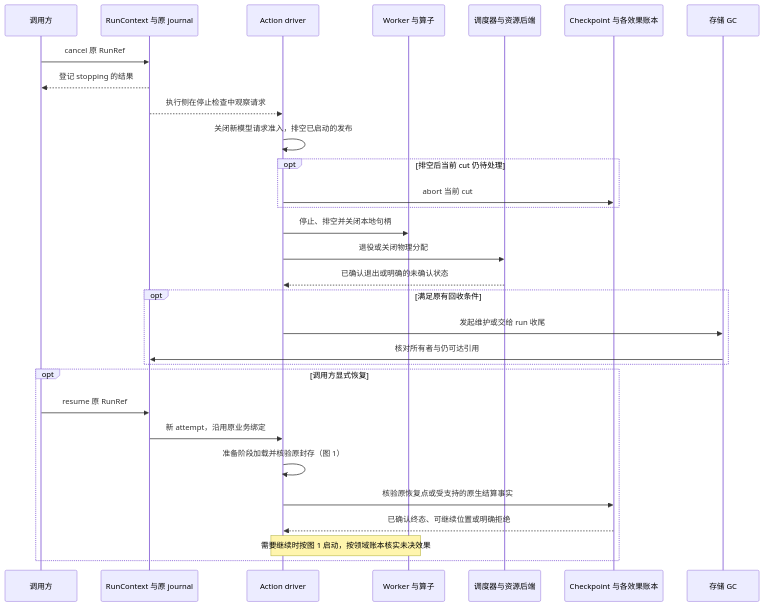
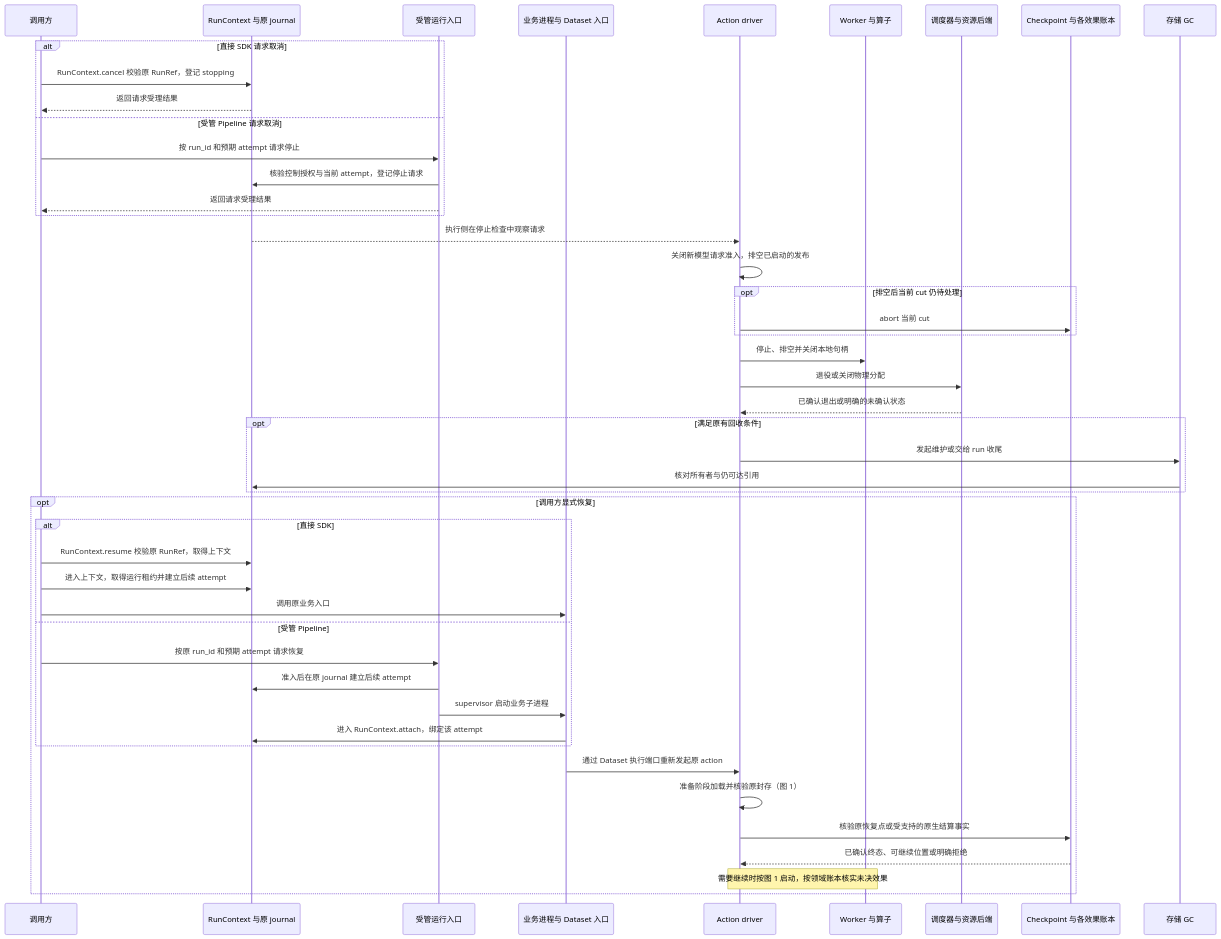
One commit to vincent9299/demiflow changed the seventh of 7 diagrams in docs/demiflow-architecture.md. Above: the diagram before and after it, drawn with Mermaid. The commit also changed other lines of this file, not shown here.

Commit message:
Reorganize the DemiFlow architecture specification by module

````diff
--- a/docs/demiflow-architecture.md
+++ b/docs/demiflow-architecture.md
@@ -300,32 +397,49 @@
 ```mermaid
 sequenceDiagram
     participant U as 调用方
     participant R as RunContext 与原 journal
+    participant M as 受管运行入口
+    participant B as 业务进程与 Dataset 入口
     participant D as Action driver
     participant W as Worker 与算子
     participant Q as 调度器与资源后端
     participant C as Checkpoint 与各效果账本
     participant S as 存储 GC
-    U->>R: cancel 原 RunRef
-    R-->>U: 登记 stopping 的结果
+    alt 直接 SDK 请求取消
+        U->>R: RunContext.cancel 校验原 RunRef，登记 stopping
+        R-->>U: 返回请求受理结果
+    else 受管 Pipeline 请求取消
+        U->>M: 按 run_id 和预期 attempt 请求停止
+        M->>R: 核验控制授权与当前 attempt，登记停止请求
+        M-->>U: 返回请求受理结果
+    end
     R-->>D: 执行侧在停止检查中观察请求
     D->>D: 关闭新模型请求准入，排空已启动的发布
     opt 排空后当前 cut 仍待处理
         D->>C: abort 当前 cut
     end
     D->>W: 停止、排空并关闭本地句柄
     D->>Q: 退役或关闭物理分配
     Q-->>D: 已确认退出或明确的未确认状态
     opt 满足原有回收条件
         D->>S: 发起维护或交给 run 收尾
         S->>R: 核对所有者与仍可达引用
     end
     opt 调用方显式恢复
-        U->>R: resume 原 RunRef
-        R->>D: 新 attempt，沿用原业务绑定
+        alt 直接 SDK
+            U->>R: RunContext.resume 校验原 RunRef，取得上下文
+            U->>R: 进入上下文，取得运行租约并建立后续 attempt
+            U->>B: 调用原业务入口
+        else 受管 Pipeline
+            U->>M: 按原 run_id 和预期 attempt 请求恢复
+            M->>R: 准入后在原 journal 建立后续 attempt
+            M->>B: supervisor 启动业务子进程
+            B->>R: 进入 RunContext.attach，绑定该 attempt
+        end
+        B->>D: 通过 Dataset 执行端口重新发起原 action
         D->>D: 准备阶段加载并核验原封存（图 1）
         D->>C: 核验原恢复点或受支持的原生结算事实
         C-->>D: 已确认终态、可继续位置或明确拒绝
         Note over D,W: 需要继续时按图 1 启动，按领域账本核实未决效果
     end
 ```
````
